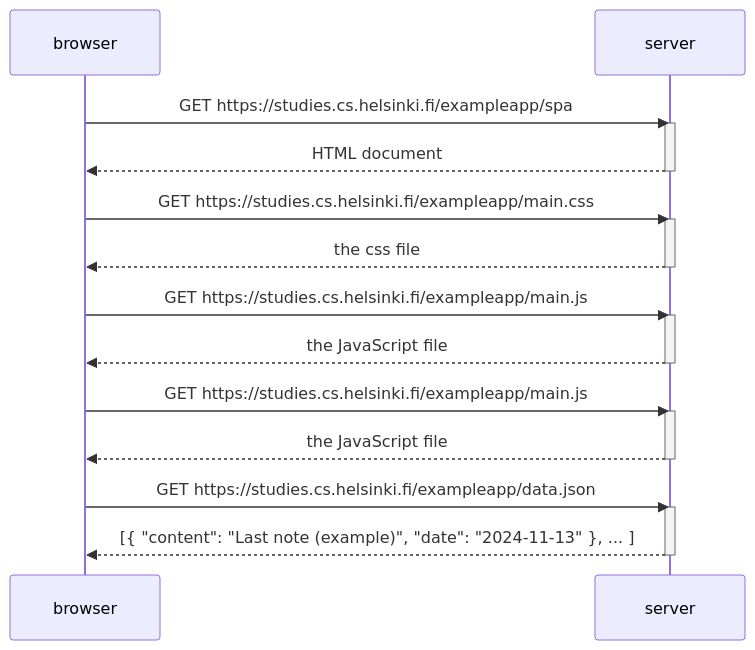
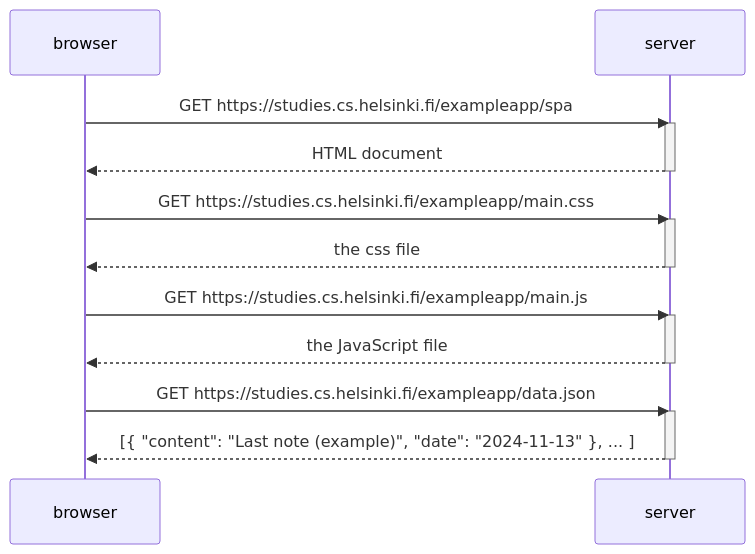
Before and after one commit to luizreinert/FullStackOpen-part0: the diagram in part0/0.5.md, drawn with Mermaid.

````diff
--- a/part0/0.5.md
+++ b/part0/0.5.md
@@ -1,29 +1,24 @@
 ```mermaid
 sequenceDiagram
 participant browser
 participant server
     browser->>server: GET https://studies.cs.helsinki.fi/exampleapp/spa
     activate server
     server-->>browser: HTML document
     deactivate server
 
     browser->>server: GET https://studies.cs.helsinki.fi/exampleapp/main.css
     activate server
     server-->>browser: the css file
     deactivate server
 
     browser->>server: GET https://studies.cs.helsinki.fi/exampleapp/main.js
     activate server
     server-->>browser: the JavaScript file
     deactivate server
 
-    browser->>server: GET https://studies.cs.helsinki.fi/exampleapp/main.js
-    activate server
-    server-->>browser: the JavaScript file
-    deactivate server
-
     browser->>server: GET https://studies.cs.helsinki.fi/exampleapp/data.json
     activate server
     server-->>browser: [{ "content": "Last note (example)", "date": "2024-11-13" }, ... ]
     deactivate server
 ```
````
